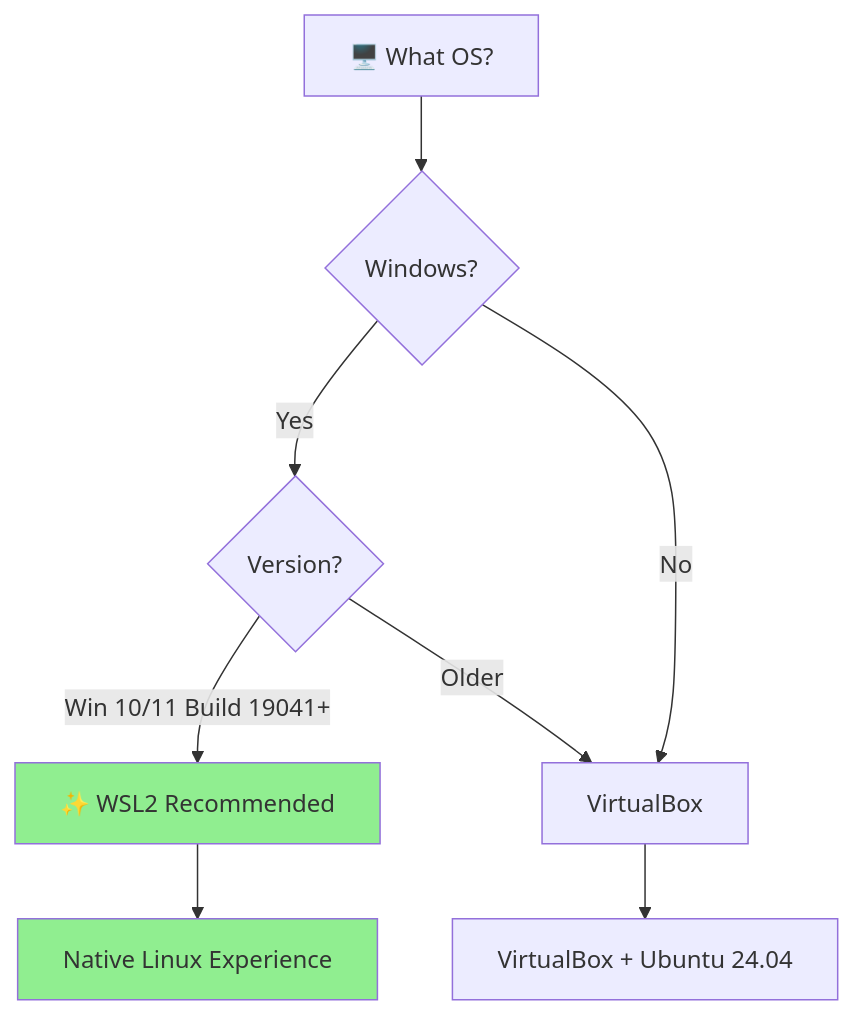
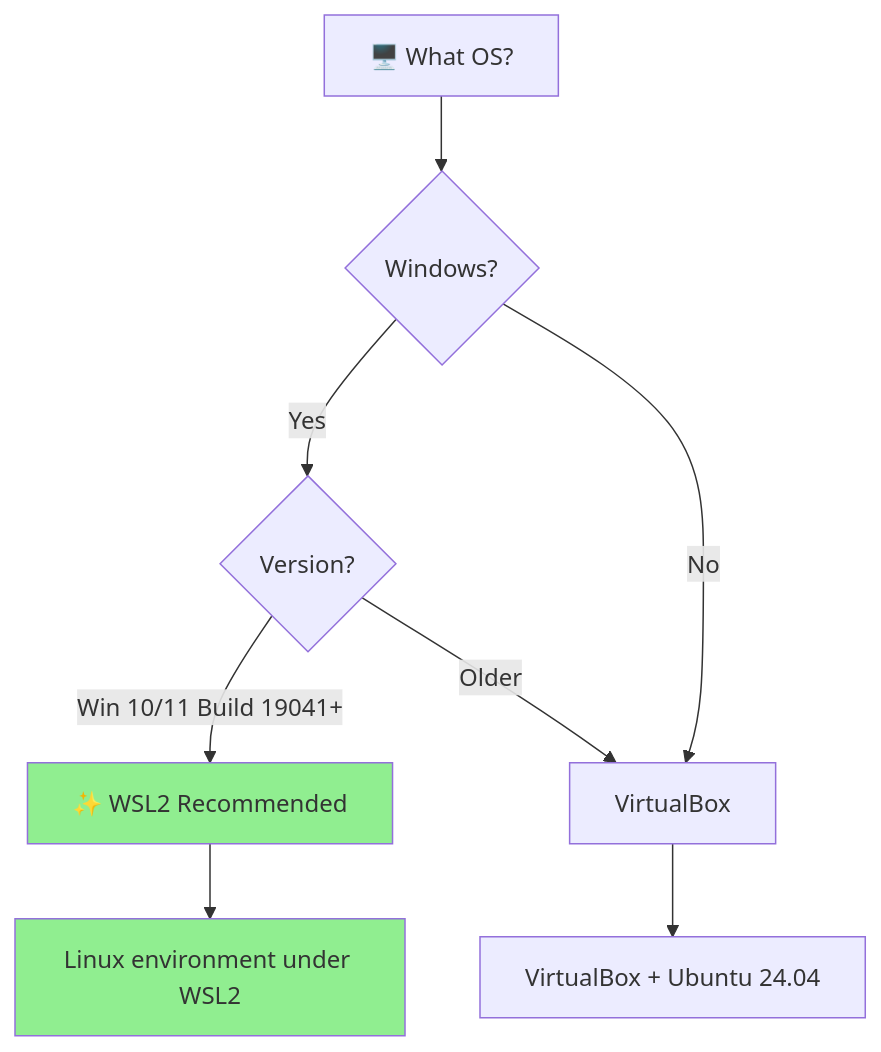
One commit to antonioclim/ENos changed the second of 5 diagrams in README.md. Above: the diagram before and after it, drawn with Mermaid. The commit also changed other lines of this file and 1408 other files, not shown here.

````diff
--- a/README.md
+++ b/README.md
@@ -558,13 +540,13 @@
 ```mermaid
 flowchart TD
     A[🖥️ What OS?] --> B{Windows?}
     B -->|Yes| C{Version?}
     B -->|No| D[VirtualBox]
     C -->|Win 10/11 Build 19041+| E[✨ WSL2 Recommended]
     C -->|Older| D
     D --> F[VirtualBox + Ubuntu 24.04]
-    E --> G[Native Linux Experience]
+    E --> G[Linux environment under WSL2]
     
     style E fill:#90EE90
     style G fill:#90EE90
 ```
````
